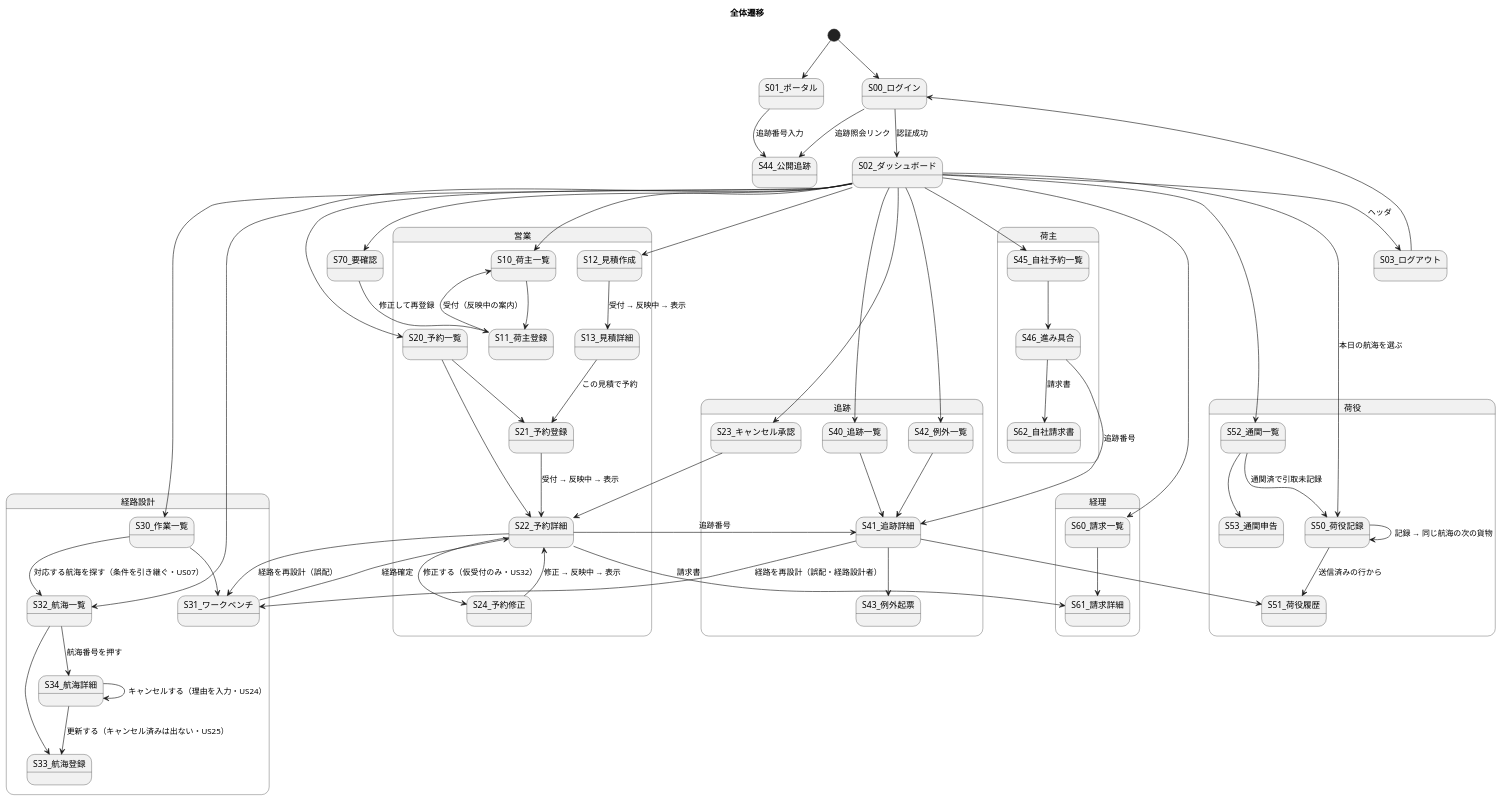
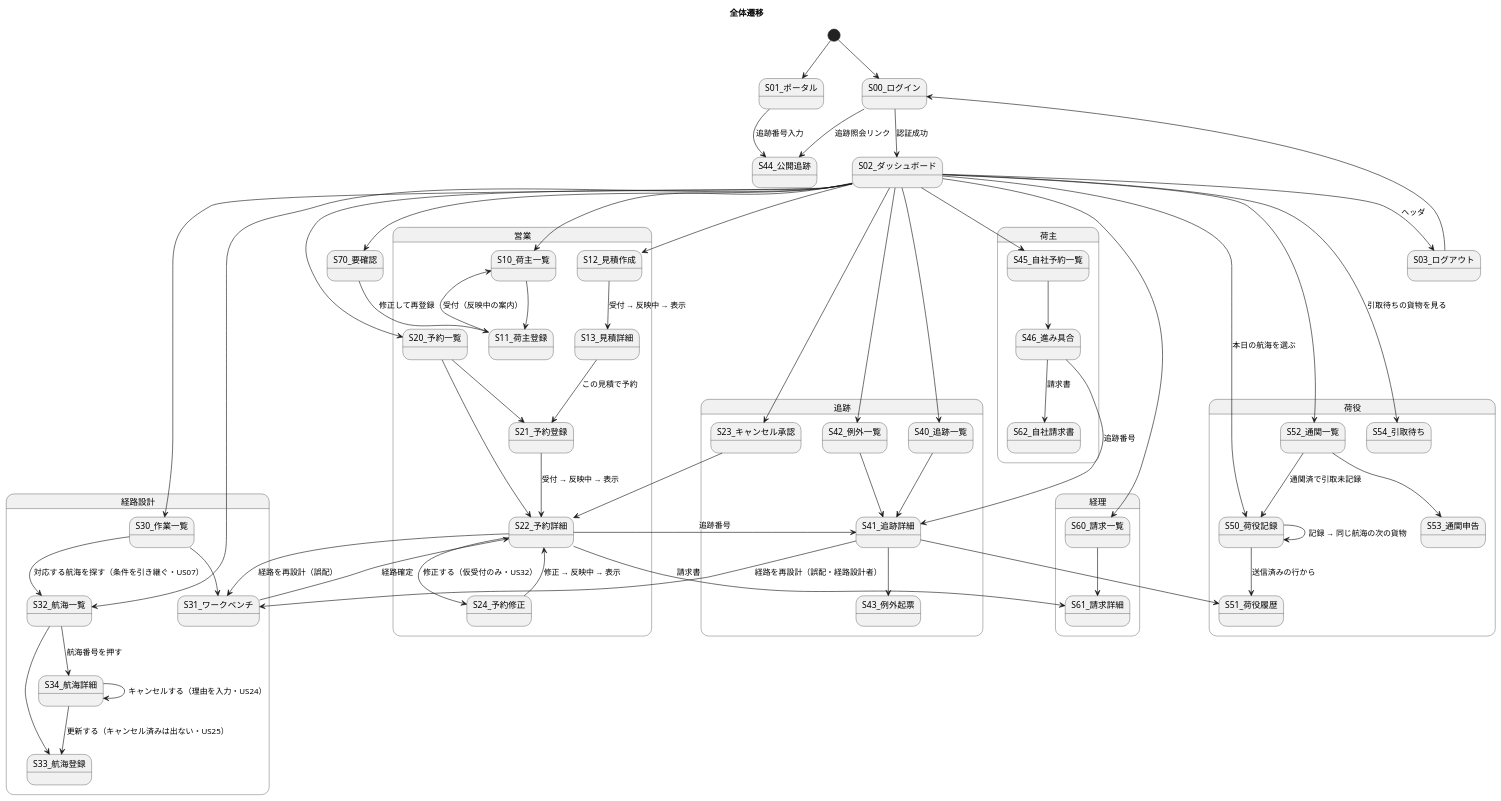
Before and after one commit to k2works/case-study-cargo-tracker: the second of 32 diagrams in docs/design/cargo-tracker/ui_design.md, drawn with PlantUML. The commit also changed other lines of this file and 3 other files, not shown here.

````diff
--- a/docs/design/cargo-tracker/ui_design.md
+++ b/docs/design/cargo-tracker/ui_design.md
@@ -251,79 +252,80 @@
 ```plantuml
 @startuml
 title 全体遷移
 
 [*] --> S00_ログイン
 [*] --> S01_ポータル
 S01_ポータル --> S44_公開追跡 : 追跡番号入力
 S00_ログイン --> S44_公開追跡 : 追跡照会リンク
 S00_ログイン --> S02_ダッシュボード : 認証成功
 
 state "営業" as sales {
   S02_ダッシュボード --> S10_荷主一覧
   S10_荷主一覧 --> S11_荷主登録
   S11_荷主登録 --> S10_荷主一覧 : 受付（反映中の案内）
   S02_ダッシュボード --> S12_見積作成
   S12_見積作成 --> S13_見積詳細 : 受付 → 反映中 → 表示
   S13_見積詳細 --> S21_予約登録 : この見積で予約
   S02_ダッシュボード --> S20_予約一覧
   S20_予約一覧 --> S21_予約登録
   S21_予約登録 --> S22_予約詳細 : 受付 → 反映中 → 表示
   S20_予約一覧 --> S22_予約詳細
   S22_予約詳細 --> S24_予約修正 : 修正する（仮受付のみ・US32）
   S24_予約修正 --> S22_予約詳細 : 修正 → 反映中 → 表示
 }
 
 state "経路設計" as routing {
   S02_ダッシュボード --> S30_作業一覧
   S30_作業一覧 --> S31_ワークベンチ
   S31_ワークベンチ --> S22_予約詳細 : 経路確定
   S22_予約詳細 --> S31_ワークベンチ : 経路を再設計（誤配）
   S02_ダッシュボード --> S32_航海一覧
   S32_航海一覧 --> S33_航海登録
   S32_航海一覧 --> S34_航海詳細 : 航海番号を押す
   S34_航海詳細 --> S33_航海登録 : 更新する（キャンセル済みは出ない・US25）
   S34_航海詳細 --> S34_航海詳細 : キャンセルする（理由を入力・US24）
   S30_作業一覧 --> S32_航海一覧 : 対応する航海を探す（条件を引き継ぐ・US07）
 }
 
 state "追跡" as tracking {
   S02_ダッシュボード --> S40_追跡一覧
   S40_追跡一覧 --> S41_追跡詳細
   S41_追跡詳細 --> S43_例外起票
   S02_ダッシュボード --> S42_例外一覧
   S42_例外一覧 --> S41_追跡詳細
   S02_ダッシュボード --> S23_キャンセル承認
   S23_キャンセル承認 --> S22_予約詳細
   S41_追跡詳細 --> S31_ワークベンチ : 経路を再設計（誤配・経路設計者）
 }
 
 state "荷役" as handling {
   S02_ダッシュボード --> S50_荷役記録 : 本日の航海を選ぶ
   S50_荷役記録 --> S50_荷役記録 : 記録 → 同じ航海の次の貨物
+  S02_ダッシュボード --> S54_引取待ち : 引取待ちの貨物を見る
   S50_荷役記録 --> S51_荷役履歴 : 送信済みの行から
   S02_ダッシュボード --> S52_通関一覧
   S52_通関一覧 --> S53_通関申告
   S52_通関一覧 --> S50_荷役記録 : 通関済で引取未記録
 }
 
 state "荷主" as shipper {
   S02_ダッシュボード --> S45_自社予約一覧
   S45_自社予約一覧 --> S46_進み具合
   S46_進み具合 --> S41_追跡詳細 : 追跡番号
   S46_進み具合 --> S62_自社請求書 : 請求書
 }
 
 state "経理" as billing {
   S02_ダッシュボード --> S60_請求一覧
   S60_請求一覧 --> S61_請求詳細
 }
 
 S02_ダッシュボード --> S70_要確認
 S70_要確認 --> S11_荷主登録 : 修正して再登録
 S22_予約詳細 --> S41_追跡詳細 : 追跡番号
 S22_予約詳細 --> S61_請求詳細 : 請求書
 S41_追跡詳細 --> S51_荷役履歴
 S02_ダッシュボード --> S03_ログアウト : ヘッダ
 S03_ログアウト --> S00_ログイン
 @enduml
 ```
````
